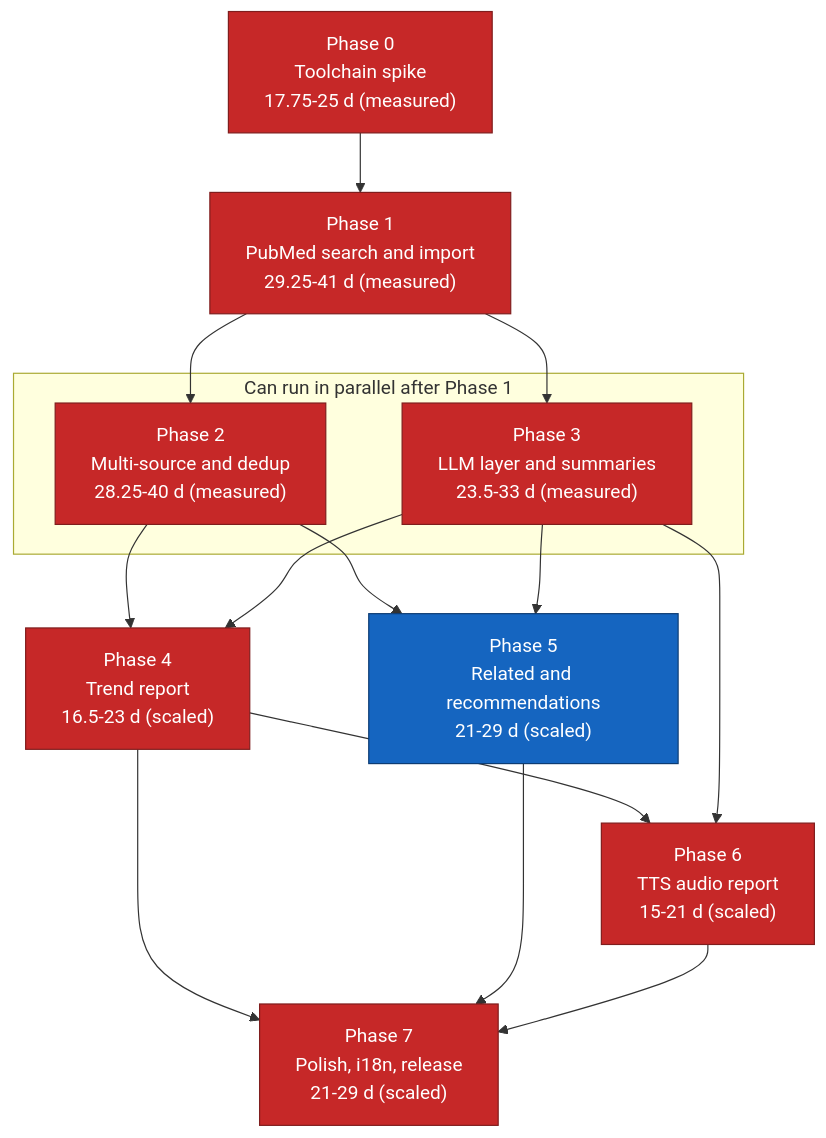
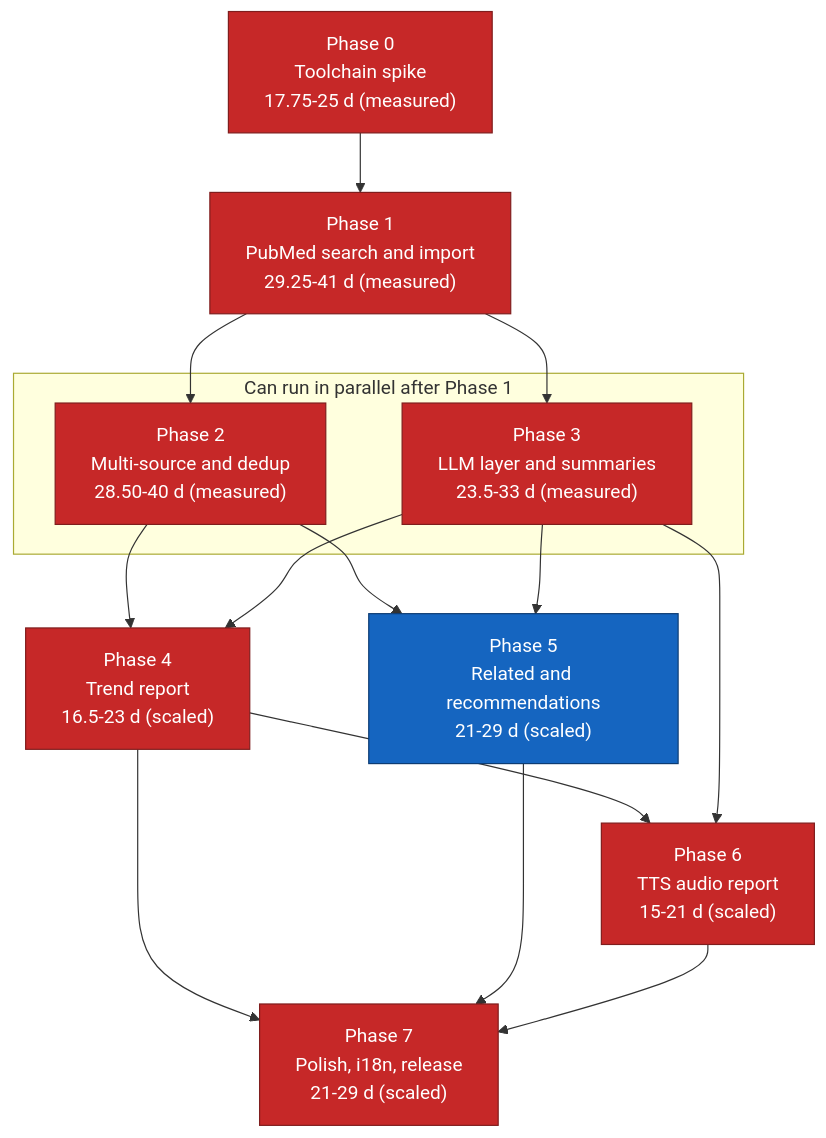
The diagram in docs/11-implementation-roadmap.md (suppakoko/research_helper), drawn with Mermaid before and after one commit. The commit also changed other lines of this file and 2 other files, not shown here.

First line of the commit message:
plan: P2-T28, the per-source query dialect's home in SourceCapabilities

````diff
--- a/docs/11-implementation-roadmap.md
+++ b/docs/11-implementation-roadmap.md
@@ -326,34 +326,34 @@
 ```mermaid
 graph TD
     P0["Phase 0<br/>Toolchain spike<br/>17.75-25 d (measured)"]
     P1["Phase 1<br/>PubMed search and import<br/>29.25-41 d (measured)"]
-    P2["Phase 2<br/>Multi-source and dedup<br/>28.25-40 d (measured)"]
+    P2["Phase 2<br/>Multi-source and dedup<br/>28.50-40 d (measured)"]
     P3["Phase 3<br/>LLM layer and summaries<br/>23.5-33 d (measured)"]
     P4["Phase 4<br/>Trend report<br/>16.5-23 d (scaled)"]
     P5["Phase 5<br/>Related and recommendations<br/>21-29 d (scaled)"]
     P6["Phase 6<br/>TTS audio report<br/>15-21 d (scaled)"]
     P7["Phase 7<br/>Polish, i18n, release<br/>21-29 d (scaled)"]
 
     P0 --> P1
     P1 --> P2
     P1 --> P3
     P2 --> P4
     P3 --> P4
     P2 --> P5
     P3 --> P5
     P4 --> P6
     P3 --> P6
     P4 --> P7
     P5 --> P7
     P6 --> P7
 
     subgraph parallel["Can run in parallel after Phase 1"]
         P2
         P3
     end
 
     classDef critical fill:#c62828,stroke:#7f1d1d,color:#ffffff
     classDef normal fill:#1565c0,stroke:#0d3c73,color:#ffffff
     class P0,P1,P2,P3,P4,P6,P7 critical
     class P5 normal
 ```
````
